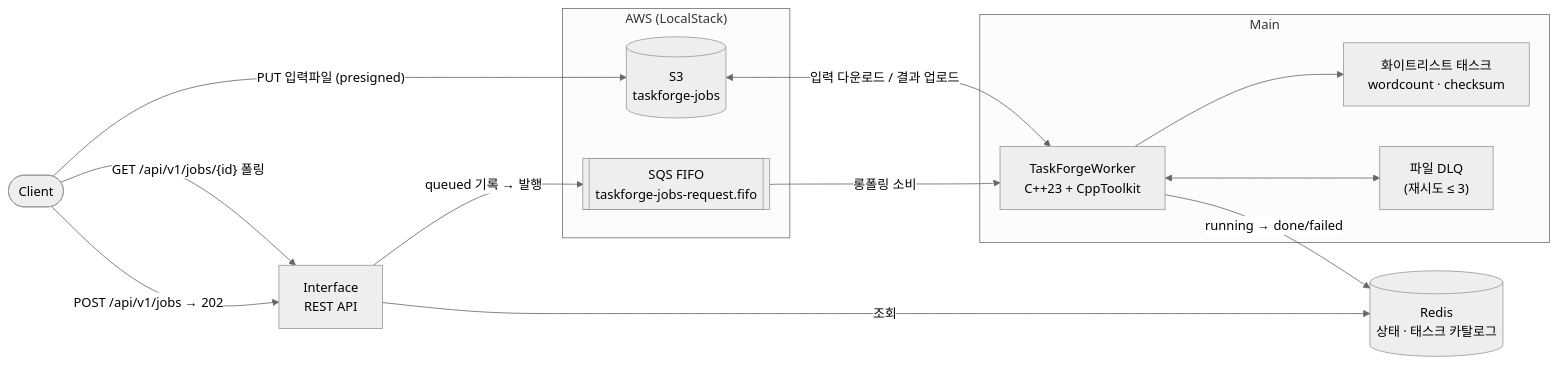
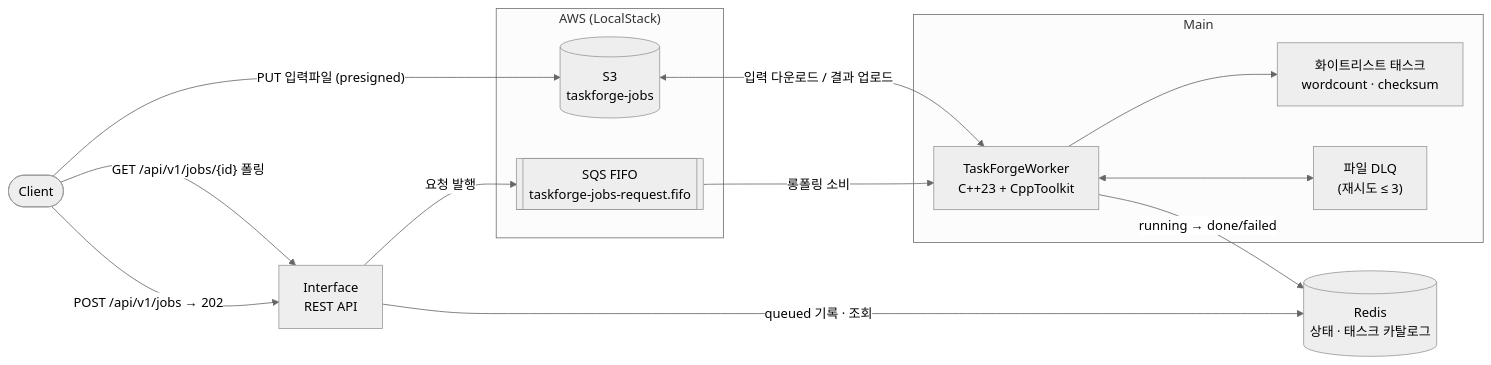
One commit to ngee044/yirang-taskforge changed the first of 2 diagrams in README.md. Above: the diagram before and after it, drawn with Mermaid (neutral theme). The commit also changed other lines of this file and 24 other files, not shown here.

````diff
--- a/README.md
+++ b/README.md
@@ -9,30 +9,30 @@
 ```mermaid
 flowchart LR
     Client([Client])
 
     Interface["Interface<br/>REST API"]
 
     subgraph AWS["AWS (LocalStack)"]
         SQS[["SQS FIFO<br/>taskforge-jobs-request.fifo"]]
         S3[("S3<br/>taskforge-jobs")]
     end
 
     REDIS[("Redis<br/>상태 · 태스크 카탈로그")]
 
     subgraph Main["Main"]
         WORKER["TaskForgeWorker<br/>C++23 + CppToolkit"]
         TASKS["화이트리스트 태스크<br/>wordcount · checksum"]
         DLQ["파일 DLQ<br/>(재시도 ≤ 3)"]
     end
 
     Client -->|"POST /api/v1/jobs → 202"| Interface
     Client -->|"PUT 입력파일 (presigned)"| S3
     Client -->|"GET /api/v1/jobs/{id} 폴링"| Interface
-    Interface -->|"queued 기록 → 발행"| SQS
-    Interface -->|조회| REDIS
+    Interface -->|"요청 발행"| SQS
+    Interface -->|"queued 기록 · 조회"| REDIS
     SQS -->|롱폴링 소비| WORKER
     S3 <-->|"입력 다운로드 / 결과 업로드"| WORKER
     WORKER --> TASKS
     WORKER -->|"running → done/failed"| REDIS
     WORKER <--> DLQ
 ```
````
